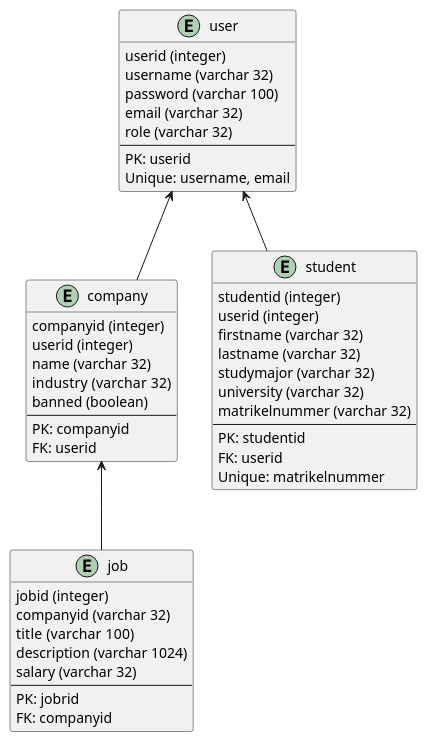
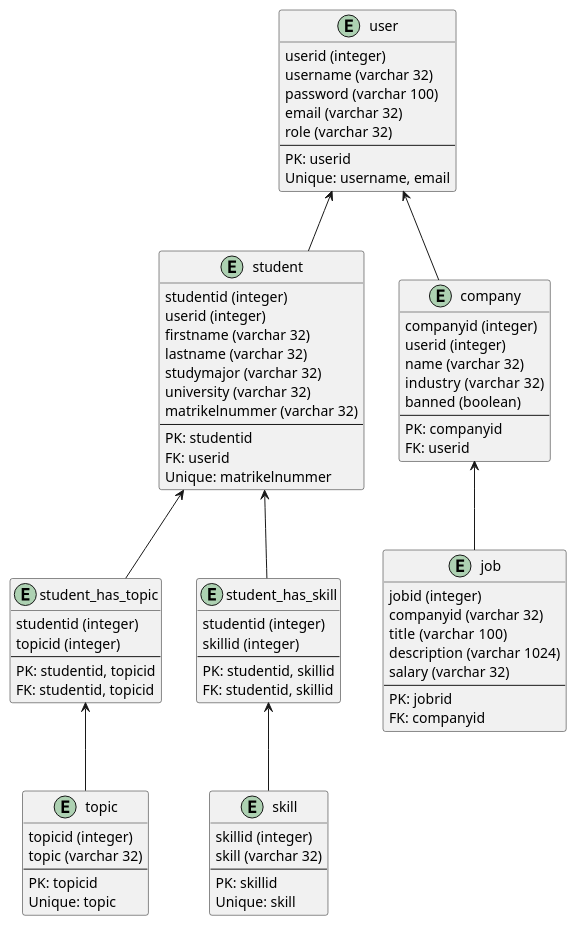
The diagram in design/structure/uml/RelDB.puml (realdalvos/Remake-LinkedIn), drawn with PlantUML before and after one commit.

```diff
--- a/design/structure/uml/RelDB.puml
+++ b/design/structure/uml/RelDB.puml
@@ -1,48 +1,80 @@
 @startuml
 entity user{
 userid (integer)
 username (varchar 32)
 password (varchar 100)
 email (varchar 32)
 role (varchar 32)
 --
 PK: userid
 Unique: username, email
 }
 entity student{
 studentid (integer)
 userid (integer)
 firstname (varchar 32)
 lastname (varchar 32)
 studymajor (varchar 32)
 university (varchar 32)
 matrikelnummer (varchar 32)
 --
 PK: studentid
 FK: userid
 Unique: matrikelnummer
 }
 entity company{
 companyid (integer)
 userid (integer)
 name (varchar 32)
 industry  (varchar 32)
 banned (boolean)
 --
 PK: companyid
 FK: userid
 }
 entity job{
 jobid (integer)
 companyid (varchar 32)
 title  (varchar 100)
 description (varchar 1024)
 salary (varchar 32)
 --
 PK: jobrid
 FK: companyid
 }
+entity skill{
+skillid (integer)
+skill (varchar 32)
+--
+PK: skillid
+Unique: skill
+}
+entity student_has_skill{
+studentid (integer)
+skillid (integer)
+--
+PK: studentid, skillid
+FK: studentid, skillid
+}
+entity student_has_topic{
+studentid (integer)
+topicid (integer)
+--
+PK: studentid, topicid
+FK: studentid, topicid
+}
+entity topic{
+topicid (integer)
+topic (varchar 32)
+--
+PK: topicid
+Unique: topic
+}
 job -up-> company
 student -up-> user
 company -up-> user
+student_has_skill -up-> student
+skill -up-> student_has_skill
+student_has_topic -up-> student
+topic -up-> student_has_topic
 @enduml
```
